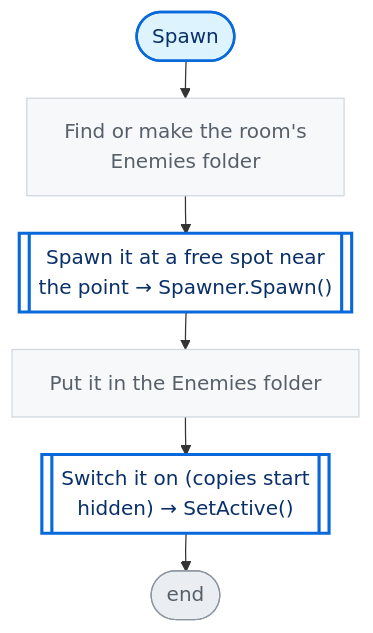
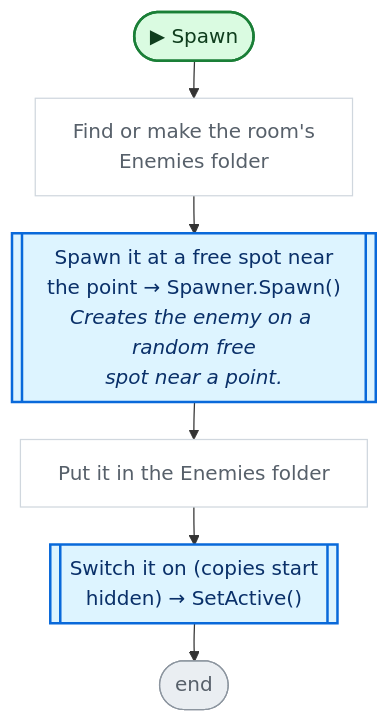
One commit to nataiai/Lord-of-the-Dungeon changed the second of 2 diagrams in CodeGraph~/graph/Map/DungeonRoom.cs.md. Above: the diagram before and after it, drawn with Mermaid. The commit also changed other lines of this file and 44 other files, not shown here.

````diff
--- a/CodeGraph~/graph/Map/DungeonRoom.cs.md
+++ b/CodeGraph~/graph/Map/DungeonRoom.cs.md
@@ -42,35 +42,39 @@
 ```mermaid
 ---
 config:
   flowchart:
     wrappingWidth: 260
     nodeSpacing: 26
     rankSpacing: 30
 ---
 flowchart TD
-  nS(["Spawn"])
+  nS(["▶ Spawn"])
   n31b928["Find or make the room's<br>Enemies folder"]
-  nfa33b5[["Spawn it at a free spot near<br>the point → Spawner.Spawn()"]]
+  nfa33b5[["Spawn it at a free spot near<br>the point → Spawner.Spawn()<br><i>Creates the enemy on a random free</i><br><i>spot near a point.</i>"]]
   nf82de9["Put it in the Enemies folder"]
   n6d3258[["Switch it on (copies start<br>hidden) → SetActive()"]]
   nE(["end"])
   nS --> n31b928
   n31b928 --> nfa33b5
   nfa33b5 --> nf82de9
   nf82de9 --> n6d3258
   n6d3258 --> nE
-  classDef unity fill:#fff1c2,stroke:#9a6700,stroke-width:2px,color:#3b2300
-  classDef start fill:#ddf4ff,stroke:#0969da,stroke-width:2px,color:#0a3069
-  classDef calc fill:#f6f8fa,stroke:#d0d7de,color:#57606a
-  classDef calls fill:#ffffff,stroke:#0969da,stroke-width:2.5px,color:#0a3069
-  classDef cond fill:#ffffff,stroke:#6e7781,stroke-width:1.5px,color:#1f2328
-  classDef loop fill:#fbefff,stroke:#8250df,color:#3e1f79
-  classDef exit fill:#eaeef2,stroke:#57606a,color:#24292f
-  classDef wait fill:#fff8f0,stroke:#bc4c00,color:#4d1d00
+  classDef unity fill:#dafbe1,stroke:#1a7f37,stroke-width:2px,color:#0f3d1d
+  classDef start fill:#dafbe1,stroke:#1a7f37,stroke-width:2px,color:#0f3d1d
+  classDef calc fill:#ffffff,stroke:#d0d7de,color:#57606a
+  classDef calls fill:#ddf4ff,stroke:#0969da,stroke-width:2px,color:#0a3069
+  classDef ext fill:#ddf4ff,stroke:#0969da,stroke-width:2px,stroke-dasharray:5 3,color:#0a3069
+  classDef cond fill:#fff8c5,stroke:#bf8700,stroke-width:1.5px,color:#3d2a00
+  classDef loop fill:#f6f8fa,stroke:#57606a,color:#1f2328
+  classDef exit fill:#ffebe9,stroke:#cf222e,color:#82071e
+  classDef kill fill:#ffebe9,stroke:#cf222e,stroke-width:2px,color:#82071e
+  classDef spawn fill:#dafbe1,stroke:#1a7f37,stroke-width:2px,color:#0f3d1d
+  classDef wait fill:#fff1e5,stroke:#bc4c00,color:#4d1d00
   classDef fin fill:#eaeef2,stroke:#8c959f,color:#57606a
   classDef join fill:#d0d7de,stroke:#8c959f,color:#57606a
+  classDef ghdr fill:#f5f9ff,stroke:#f5f9ff,color:#0a3069,font-weight:bold
   class n31b928,nf82de9 calc
   class nfa33b5,n6d3258 calls
   class nE fin
   class nS start
 ```
````
